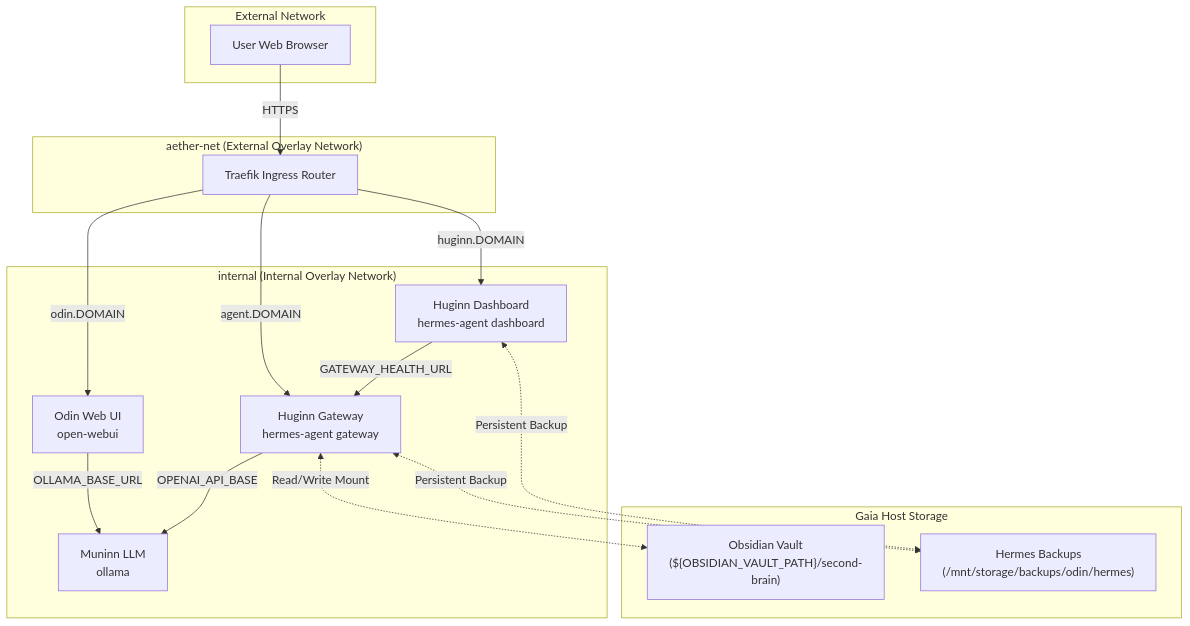
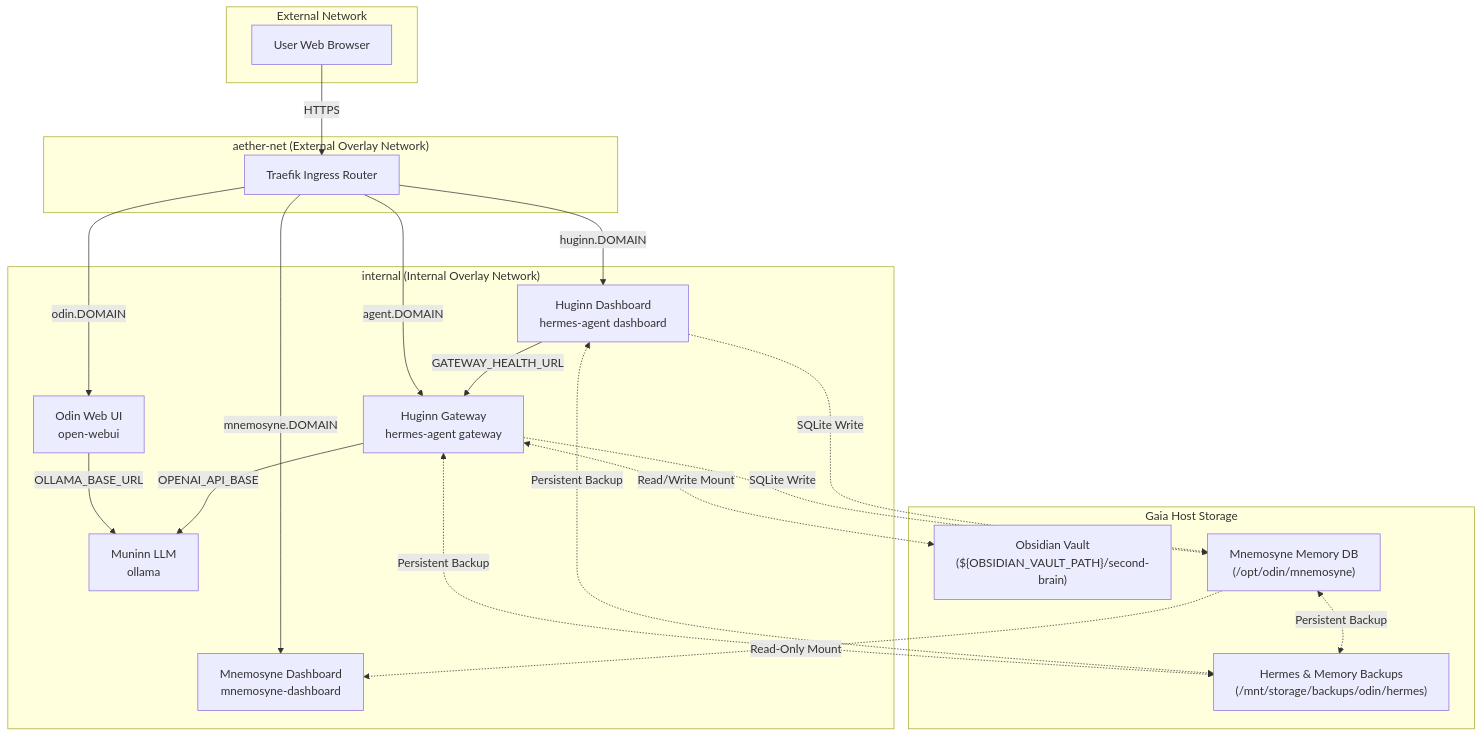
Before and after one commit to yggdrasil-lab/odin: the diagram in README.md, drawn with Mermaid. The commit also changed other lines of this file, not shown here.

Commit message:
docs: document Mnemosyne memory provider and dashboard visualizer in README

````diff
--- a/README.md
+++ b/README.md
@@ -11,35 +11,43 @@
 ```mermaid
 graph TD
     subgraph ExternalNetwork ["External Network"]
         Browser[User Web Browser]
     end
 
     subgraph GaiaHostStorage ["Gaia Host Storage"]
         Obsidian["Obsidian Vault<br>(${OBSIDIAN_VAULT_PATH}/second-brain)"]
-        Backup["Hermes Backups<br>(/mnt/storage/backups/odin/hermes)"]
+        MnemosyneDB["Mnemosyne Memory DB<br>(/opt/odin/mnemosyne)"]
+        Backup["Hermes & Memory Backups<br>(/mnt/storage/backups/odin/hermes)"]
     end
 
     subgraph AetherNet ["aether-net (External Overlay Network)"]
         Traefik[Traefik Ingress Router]
     end
 
     subgraph InternalNet ["internal (Internal Overlay Network)"]
         OpenWebUI[Odin Web UI<br>open-webui]
         Ollama[Muninn LLM<br>ollama]
         Gateway[Huginn Gateway<br>hermes-agent gateway]
         Dashboard[Huginn Dashboard<br>hermes-agent dashboard]
+        Mnemosyne[Mnemosyne Dashboard<br>mnemosyne-dashboard]
     end
 
     Browser -->|HTTPS| Traefik
     Traefik -->|odin.DOMAIN| OpenWebUI
     Traefik -->|agent.DOMAIN| Gateway
     Traefik -->|huginn.DOMAIN| Dashboard
+    Traefik -->|mnemosyne.DOMAIN| Mnemosyne
 
     OpenWebUI -->|OLLAMA_BASE_URL| Ollama
     Gateway -->|OPENAI_API_BASE| Ollama
     Dashboard -->|GATEWAY_HEALTH_URL| Gateway
 
     Gateway <.->|Read/Write Mount| Obsidian
+    Gateway -.->|SQLite Write| MnemosyneDB
+    Dashboard -.->|SQLite Write| MnemosyneDB
+    MnemosyneDB -.->|Read-Only Mount| Mnemosyne
+    
     Gateway <.->|Persistent Backup| Backup
     Dashboard <.->|Persistent Backup| Backup
+    MnemosyneDB <.->|Persistent Backup| Backup
 ```
````
